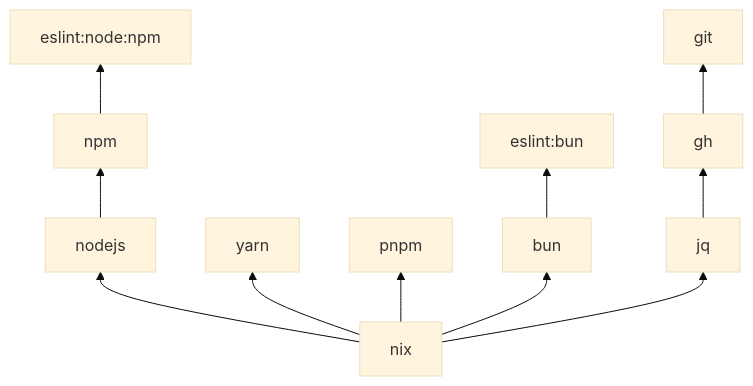
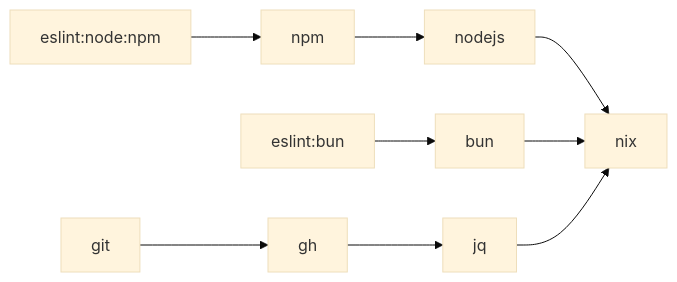
Before and after one commit to task-otter/store: the diagram in README.md, drawn with Mermaid (base theme). The commit also changed other lines of this file and 9 other files, not shown here.

````diff
--- a/README.md
+++ b/README.md
@@ -82,14 +134,6 @@
 ```mermaid
-flowchart BT
-  nix --> nodejs
-  nodejs --> npm
-  nix --> yarn
-  nix --> pnpm
-  nix --> bun
-  npm --> eslint_npm["eslint:node:npm"]
-  bun --> eslint_bun["eslint:bun"]
-
-  nix --> jq
-  jq --> gh
-  gh --> git
+flowchart LR
+  eslint_npm["eslint:node:npm"] --> npm --> nodejs --> nix
+  eslint_bun["eslint:bun"] --> bun --> nix
+  git --> gh --> jq --> nix
 ```
````
